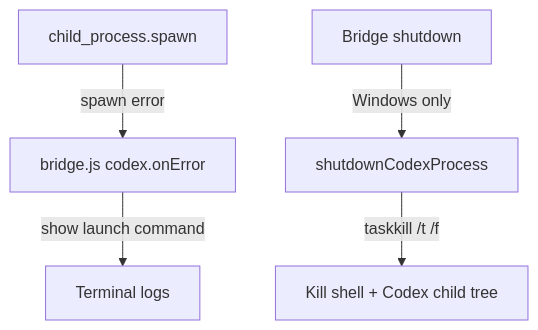
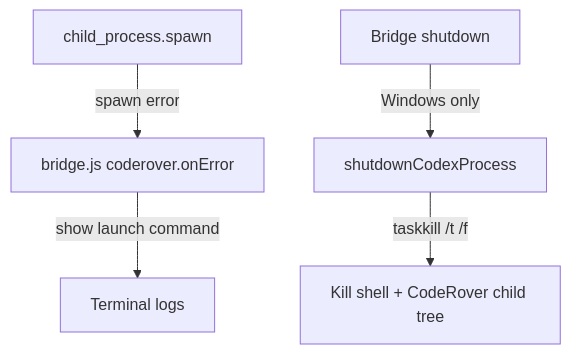
Before and after one commit to sofent11/CodeRover: the second of 2 diagrams in Docs/RECAP-windows-codex-launch.md, drawn with Mermaid. The commit also changed other lines of this file and 564 other files, not shown here.

Commit message:
Rename app to CodeRover and restore Codex runtime naming

````diff
--- a/Docs/RECAP-windows-codex-launch.md
+++ b/Docs/RECAP-windows-codex-launch.md
@@ -54,7 +54,7 @@
 ```mermaid
 flowchart TD
-    A[child_process.spawn] -->|spawn error| B[bridge.js codex.onError]
+    A[child_process.spawn] -->|spawn error| B[bridge.js coderover.onError]
     B -->|show launch command| C[Terminal logs]
     D[Bridge shutdown] -->|Windows only| E[shutdownCodexProcess]
-    E -->|taskkill /t /f| F[Kill shell + Codex child tree]
+    E -->|taskkill /t /f| F[Kill shell + CodeRover child tree]
 ```
````
